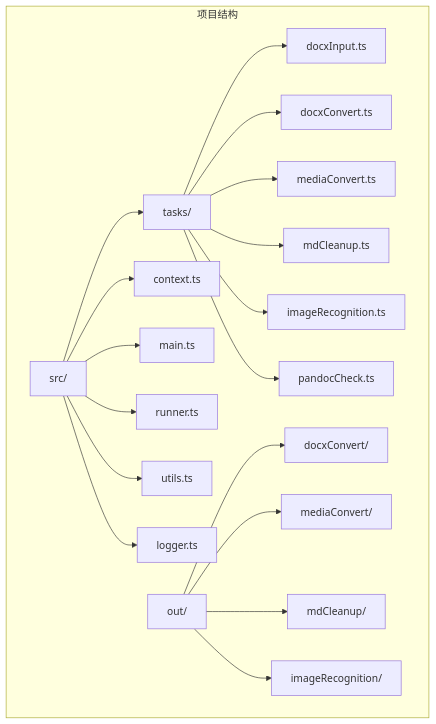
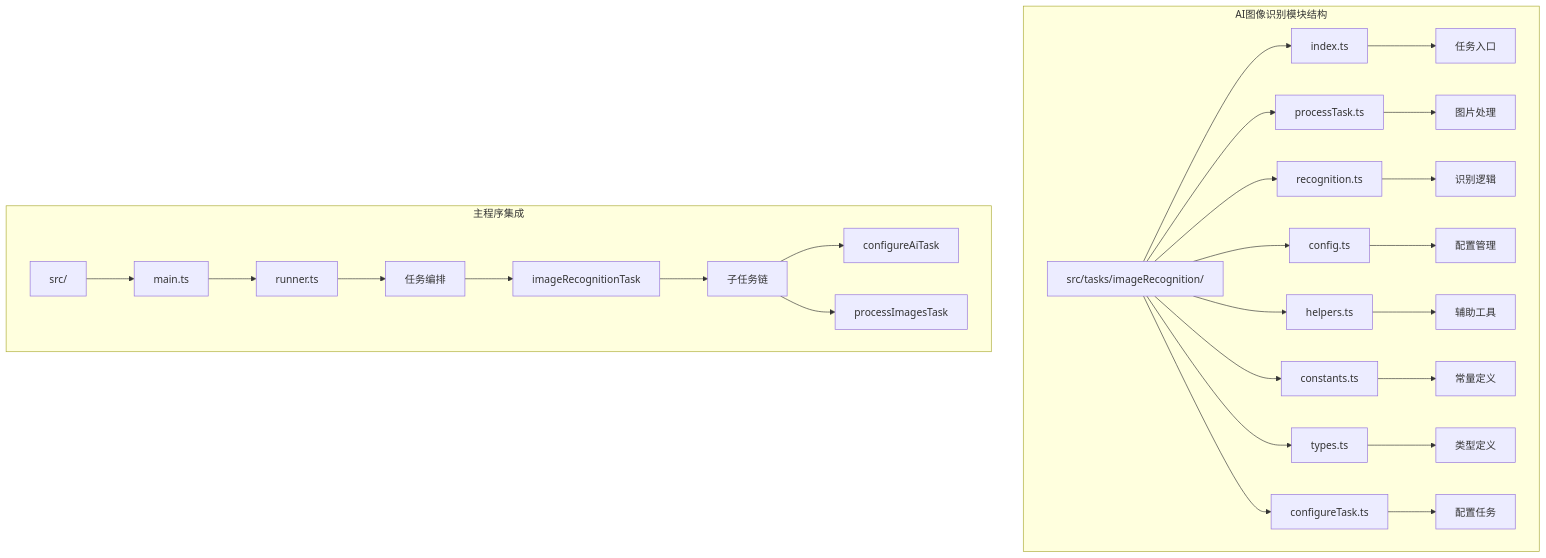
One commit to hllshiro/doc2md-cli changed the first of 8 diagrams in .qoder/repowiki/zh/content/转换模块详解/AI图像识别模块.md. Above: the diagram before and after it, drawn with Mermaid. The commit also changed other lines of this file and 11 other files, not shown here.

First line of the commit message:
refactor(imageRecognition): 重构AI图像识别模块为模块化架构

````diff
--- a/.qoder/repowiki/zh/content/转换模块详解/AI图像识别模块.md
+++ b/.qoder/repowiki/zh/content/转换模块详解/AI图像识别模块.md
@@ -51,21 +51,30 @@
 ```mermaid
 graph TB
-subgraph "项目结构"
-A[src/] --> B[tasks/]
-A --> C[context.ts]
-A --> D[main.ts]
-A --> E[runner.ts]
-A --> F[utils.ts]
-A --> G[logger.ts]
-B --> H[docxInput.ts]
-B --> I[docxConvert.ts]
-B --> J[mediaConvert.ts]
-B --> K[mdCleanup.ts]
-B --> L[imageRecognition.ts]
-B --> M[pandocCheck.ts]
-N[out/] --> O[docxConvert/]
-N --> P[mediaConvert/]
-N --> Q[mdCleanup/]
-N --> R[imageRecognition/]
+subgraph "AI图像识别模块结构"
+A[src/tasks/imageRecognition/] --> B[index.ts]
+A --> C[processTask.ts]
+A --> D[recognition.ts]
+A --> E[config.ts]
+A --> F[helpers.ts]
+A --> G[constants.ts]
+A --> H[types.ts]
+A --> I[configureTask.ts]
+B --> J[任务入口]
+C --> K[图片处理]
+D --> L[识别逻辑]
+E --> M[配置管理]
+F --> N[辅助工具]
+G --> O[常量定义]
+H --> P[类型定义]
+I --> Q[配置任务]
+end
+subgraph "主程序集成"
+R[src/] --> S[main.ts]
+S --> T[runner.ts]
+T --> U[任务编排]
+U --> V[imageRecognitionTask]
+V --> W[子任务链]
+W --> X[configureAiTask]
+W --> Y[processImagesTask]
 end
 ```
````
